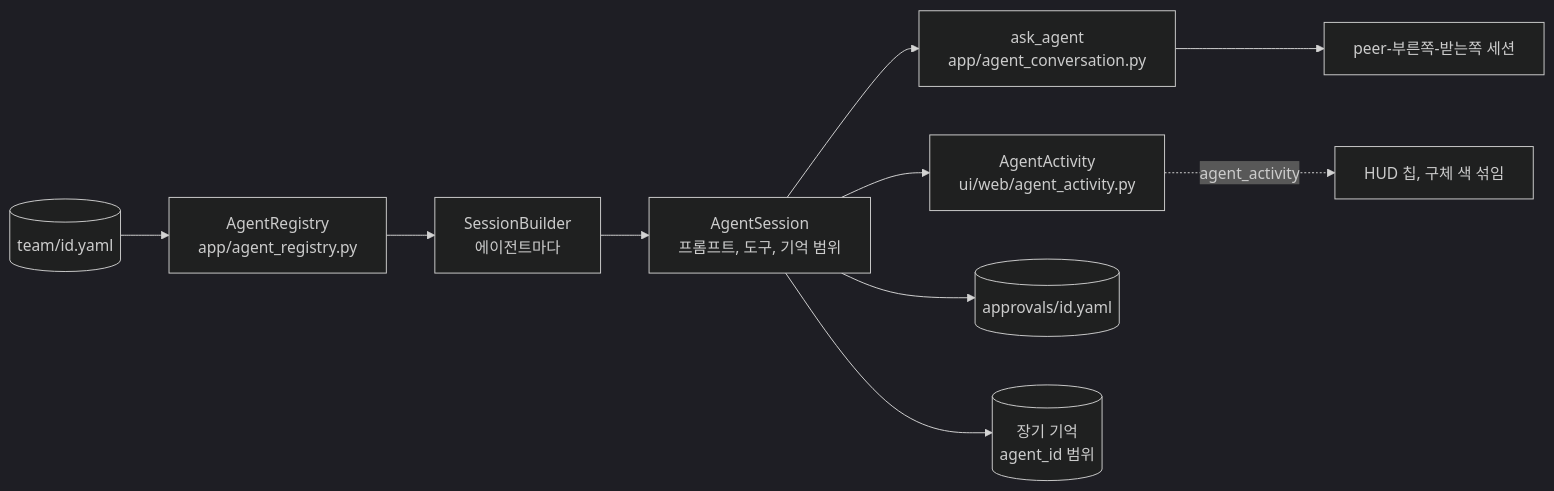
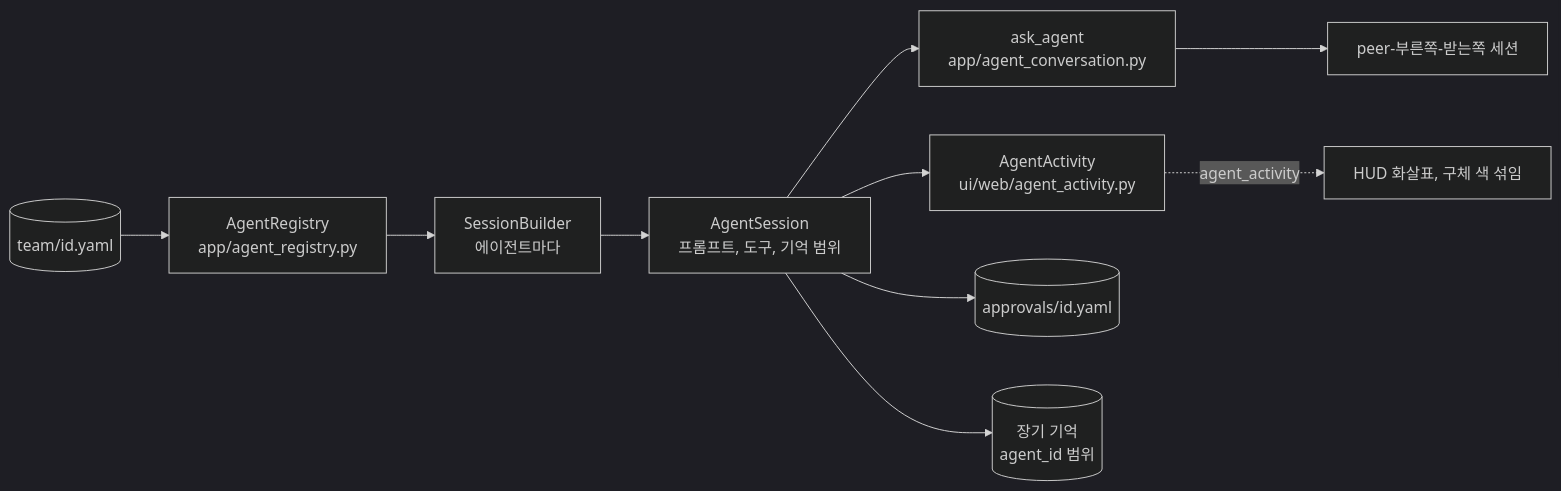
Before and after one commit to ash-hun/jarvis-agent: the second of 2 diagrams in website/docs/concepts/multi-agent-orchestration/index.md, drawn with Mermaid (dark theme). The commit also changed other lines of this file and 41 other files, not shown here.

First line of the commit message:
Feat: HUD 헤더를 이름과 시각 중심으로 정리하고, 음성 모드를 하나로 합치고, FLOW 를 에이전트 지식 그래프로 그린다

````diff
--- a/website/docs/concepts/multi-agent-orchestration/index.md
+++ b/website/docs/concepts/multi-agent-orchestration/index.md
@@ -177,12 +177,12 @@
 ```mermaid
 flowchart LR
   YAML[(team/id.yaml)] --> REG[AgentRegistry<br/>app/agent_registry.py]
   REG --> SB[SessionBuilder<br/>에이전트마다]
   SB --> SES[AgentSession<br/>프롬프트, 도구, 기억 범위]
   SES --> ASK[ask_agent<br/>app/agent_conversation.py]
   ASK --> PEER[peer-부른쪽-받는쪽 세션]
   SES --> ACT[AgentActivity<br/>ui/web/agent_activity.py]
-  ACT -. agent_activity .-> HUD[HUD 칩, 구체 색 섞임]
+  ACT -. agent_activity .-> HUD[HUD 화살표, 구체 색 섞임]
   SES --> RULES[(approvals/id.yaml)]
   SES --> MEM[(장기 기억<br/>agent_id 범위)]
 ```
````
